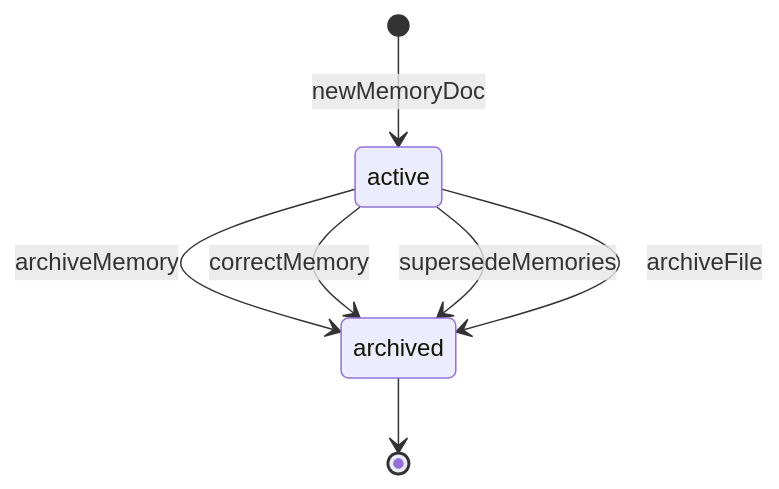
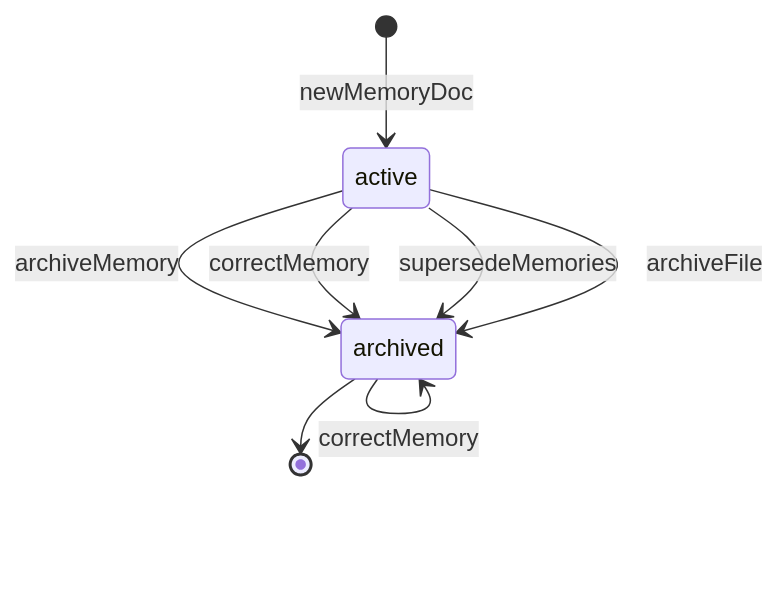
Before and after one commit to agent-memory-atlas-archive/memhtml--memhtml: the first of 5 diagrams in docs/behavior/state-machines.md, drawn with Mermaid. The commit also changed other lines of this file and 11 other files, not shown here.

````diff
--- a/docs/behavior/state-machines.md
+++ b/docs/behavior/state-machines.md
@@ -15,9 +24,11 @@
 ```mermaid
 stateDiagram-v2
     [*] --> active : newMemoryDoc
     active --> archived : archiveMemory
     active --> archived : correctMemory
     active --> archived : supersedeMemories
     active --> archived : archiveFile
+    archived --> archived : archiveMemory
+    archived --> archived : correctMemory
     archived --> [*]
 ```
````
